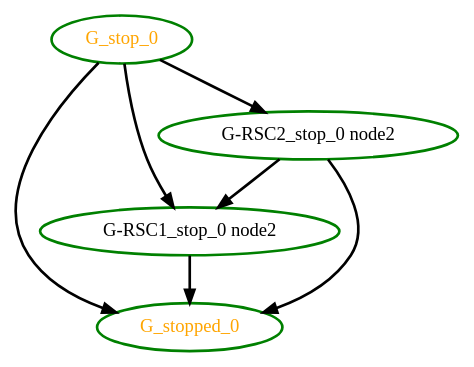
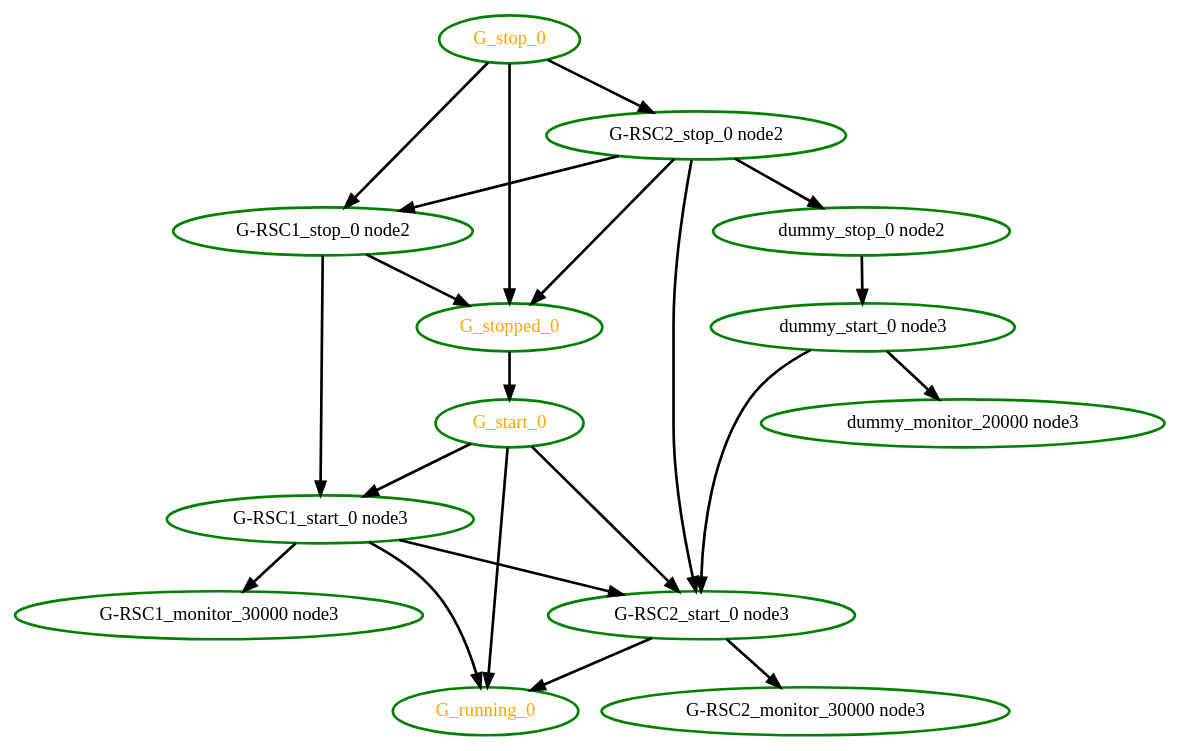
One commit to ClusterLabs/pacemaker changed the diagram in cts/scheduler/dot/banned-group-inner-constraints.dot. Above: the diagram before and after it, drawn with Graphviz. The commit also changed 3 other files, not shown here.

```diff
--- a/cts/scheduler/dot/banned-group-inner-constraints.dot
+++ b/cts/scheduler/dot/banned-group-inner-constraints.dot
@@ -1,12 +1,36 @@
  digraph "g" {
+"G-RSC1_monitor_30000 node3" [ style=bold color="green" fontcolor="black"]
+"G-RSC1_start_0 node3" -> "G-RSC1_monitor_30000 node3" [ style = bold]
+"G-RSC1_start_0 node3" -> "G-RSC2_start_0 node3" [ style = bold]
+"G-RSC1_start_0 node3" -> "G_running_0" [ style = bold]
+"G-RSC1_start_0 node3" [ style=bold color="green" fontcolor="black"]
+"G-RSC1_stop_0 node2" -> "G-RSC1_start_0 node3" [ style = bold]
 "G-RSC1_stop_0 node2" -> "G_stopped_0" [ style = bold]
 "G-RSC1_stop_0 node2" [ style=bold color="green" fontcolor="black"]
+"G-RSC2_monitor_30000 node3" [ style=bold color="green" fontcolor="black"]
+"G-RSC2_start_0 node3" -> "G-RSC2_monitor_30000 node3" [ style = bold]
+"G-RSC2_start_0 node3" -> "G_running_0" [ style = bold]
+"G-RSC2_start_0 node3" [ style=bold color="green" fontcolor="black"]
 "G-RSC2_stop_0 node2" -> "G-RSC1_stop_0 node2" [ style = bold]
+"G-RSC2_stop_0 node2" -> "G-RSC2_start_0 node3" [ style = bold]
 "G-RSC2_stop_0 node2" -> "G_stopped_0" [ style = bold]
+"G-RSC2_stop_0 node2" -> "dummy_stop_0 node2" [ style = bold]
 "G-RSC2_stop_0 node2" [ style=bold color="green" fontcolor="black"]
+"G_running_0" [ style=bold color="green" fontcolor="orange"]
+"G_start_0" -> "G-RSC1_start_0 node3" [ style = bold]
+"G_start_0" -> "G-RSC2_start_0 node3" [ style = bold]
+"G_start_0" -> "G_running_0" [ style = bold]
+"G_start_0" [ style=bold color="green" fontcolor="orange"]
 "G_stop_0" -> "G-RSC1_stop_0 node2" [ style = bold]
 "G_stop_0" -> "G-RSC2_stop_0 node2" [ style = bold]
 "G_stop_0" -> "G_stopped_0" [ style = bold]
 "G_stop_0" [ style=bold color="green" fontcolor="orange"]
+"G_stopped_0" -> "G_start_0" [ style = bold]
 "G_stopped_0" [ style=bold color="green" fontcolor="orange"]
+"dummy_monitor_20000 node3" [ style=bold color="green" fontcolor="black"]
+"dummy_start_0 node3" -> "G-RSC2_start_0 node3" [ style = bold]
+"dummy_start_0 node3" -> "dummy_monitor_20000 node3" [ style = bold]
+"dummy_start_0 node3" [ style=bold color="green" fontcolor="black"]
+"dummy_stop_0 node2" -> "dummy_start_0 node3" [ style = bold]
+"dummy_stop_0 node2" [ style=bold color="green" fontcolor="black"]
 }
```
